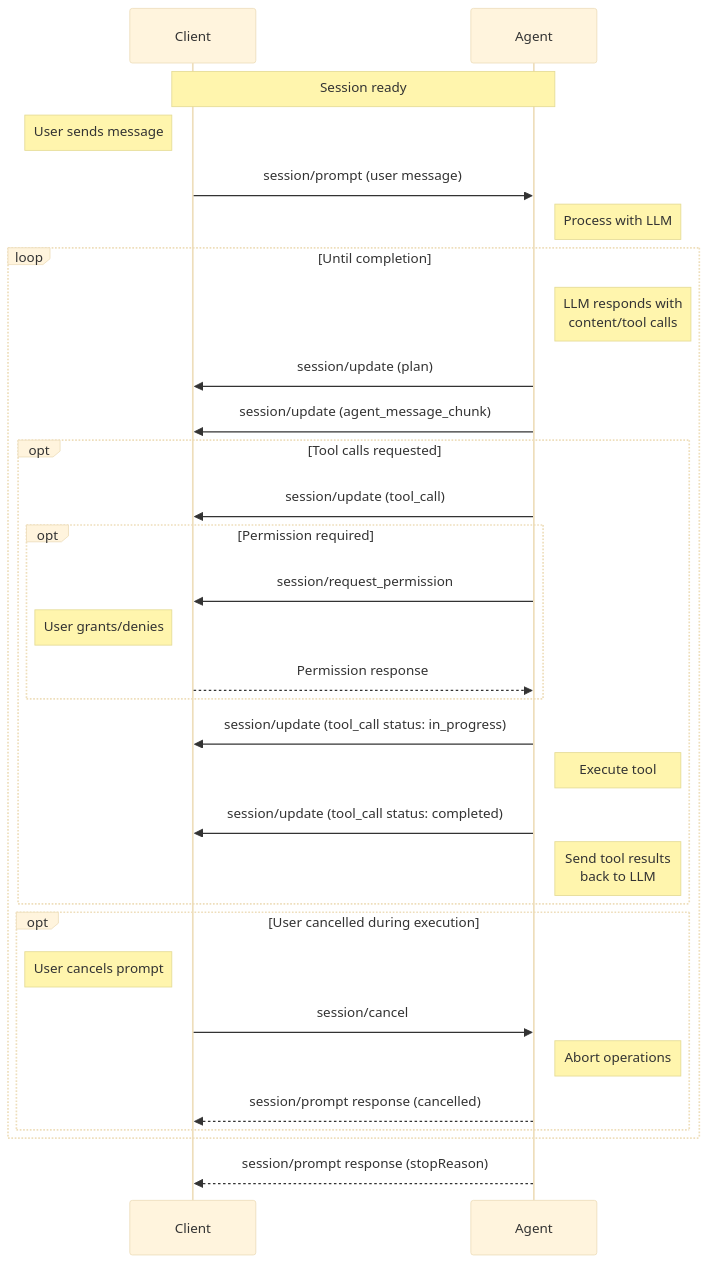
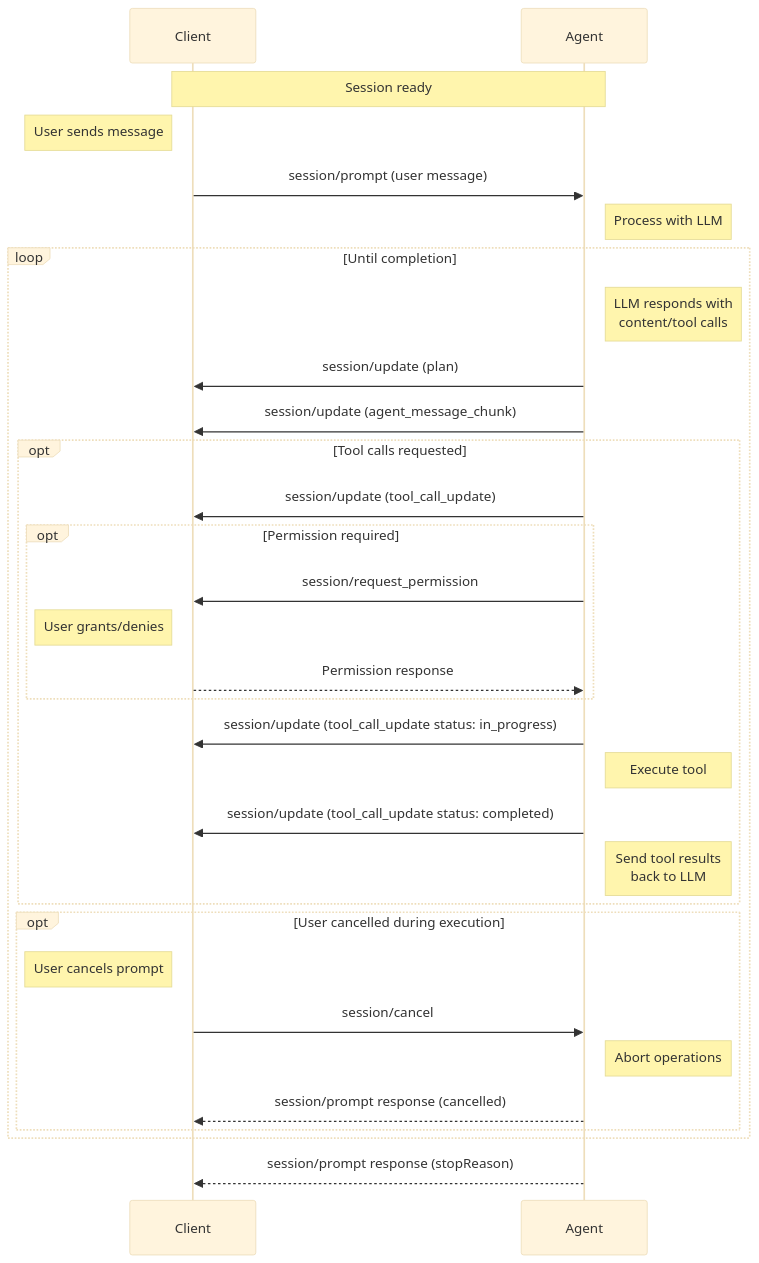
Before and after one commit to dayanruben/agent-client-protocol: the diagram in docs/protocol/v2/draft/prompt-turn.mdx, drawn with Mermaid (base theme). The commit also changed other lines of this file and 14 other files, not shown here.

Commit message:
feat(unstable-v2): Unify v2 tool call updates (#1390)

````diff
--- a/docs/protocol/v2/draft/prompt-turn.mdx
+++ b/docs/protocol/v2/draft/prompt-turn.mdx
@@ -16,40 +16,40 @@
 ```mermaid
 sequenceDiagram
     participant Client
     participant Agent
 
     Note over Agent,Client: Session ready
 
     Note left of Client: User sends message
     Client->>Agent: session/prompt (user message)
     Note right of Agent: Process with LLM
 
     loop Until completion
         Note right of Agent: LLM responds with<br/>content/tool calls
         Agent->>Client: session/update (plan)
         Agent->>Client: session/update (agent_message_chunk)
 
         opt Tool calls requested
-            Agent->>Client: session/update (tool_call)
+            Agent->>Client: session/update (tool_call_update)
             opt Permission required
                 Agent->>Client: session/request_permission
                 Note left of Client: User grants/denies
                 Client-->>Agent: Permission response
             end
-            Agent->>Client: session/update (tool_call status: in_progress)
+            Agent->>Client: session/update (tool_call_update status: in_progress)
             Note right of Agent: Execute tool
-            Agent->>Client: session/update (tool_call status: completed)
+            Agent->>Client: session/update (tool_call_update status: completed)
             Note right of Agent: Send tool results<br/>back to LLM
         end
 
       opt User cancelled during execution
           Note left of Client: User cancels prompt
           Client->>Agent: session/cancel
           Note right of Agent: Abort operations
           Agent-->>Client: session/prompt response (cancelled)
       end
     end
 
     Agent-->>Client: session/prompt response (stopReason)
 
 ```
````
